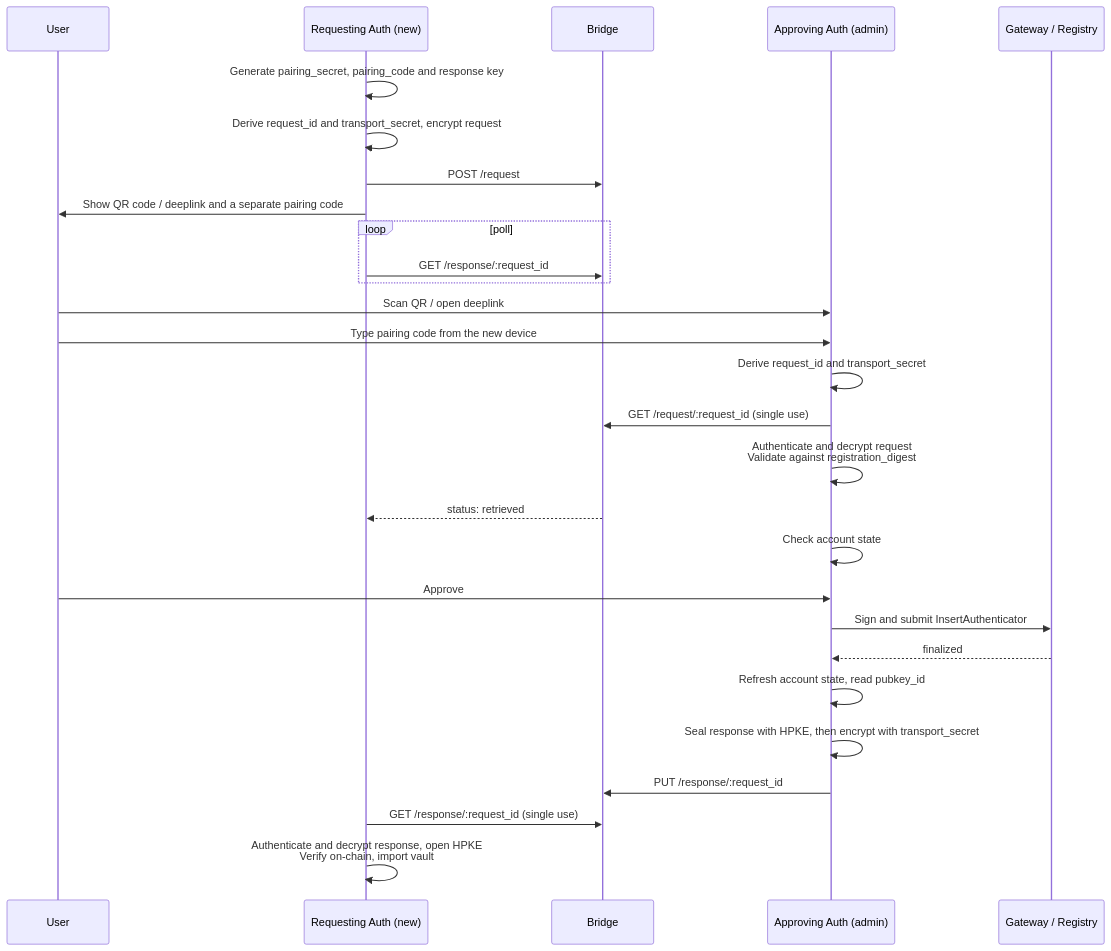
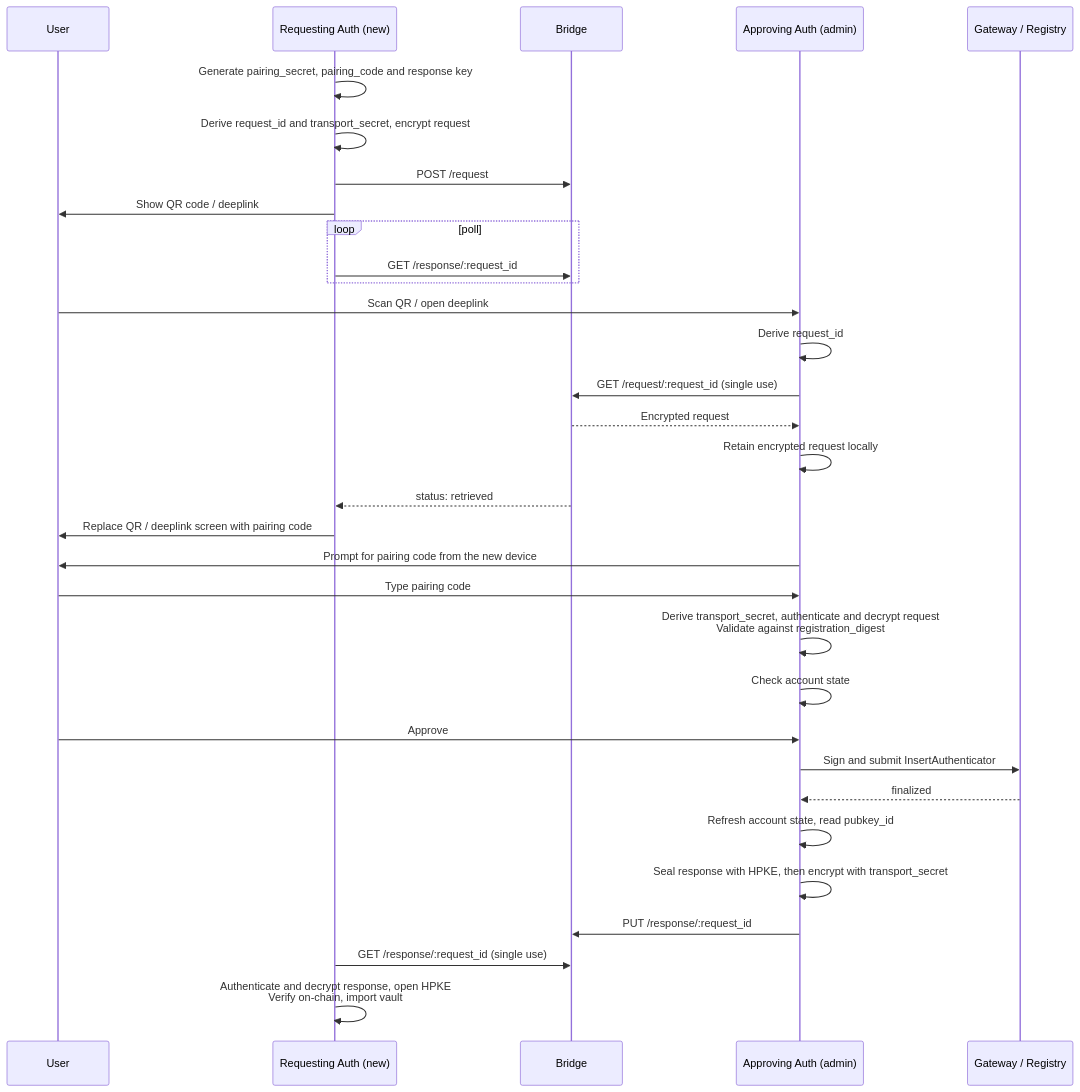
Before and after one commit to worldcoin/world-id-protocol: the diagram in docs/WIPs/wip-109.md, drawn with Mermaid. The commit also changed other lines of this file, not shown here.

````diff
--- a/docs/WIPs/wip-109.md
+++ b/docs/WIPs/wip-109.md
@@ -47,31 +47,35 @@
 ```mermaid
 sequenceDiagram
     participant u as User
     participant r as Requesting Auth (new)
     participant b as Bridge
     participant a as Approving Auth (admin)
     participant g as Gateway / Registry
 
     r->>r: Generate pairing_secret, pairing_code and response key
     r->>r: Derive request_id and transport_secret, encrypt request
     r->>b: POST /request
-    r->>u: Show QR code / deeplink and a separate pairing code
+    r->>u: Show QR code / deeplink
     loop poll
         r->>b: GET /response/:request_id
     end
     u->>a: Scan QR / open deeplink
-    u->>a: Type pairing code from the new device
-    a->>a: Derive request_id and transport_secret
+    a->>a: Derive request_id
     a->>b: GET /request/:request_id (single use)
-    a->>a: Authenticate and decrypt request<br/>Validate against registration_digest
+    b-->>a: Encrypted request
+    a->>a: Retain encrypted request locally
     b-->>r: status: retrieved
+    r->>u: Replace QR / deeplink screen with pairing code
+    a->>u: Prompt for pairing code from the new device
+    u->>a: Type pairing code
+    a->>a: Derive transport_secret, authenticate and decrypt request<br/>Validate against registration_digest
     a->>a: Check account state
     u->>a: Approve
     a->>g: Sign and submit InsertAuthenticator
     g-->>a: finalized
     a->>a: Refresh account state, read pubkey_id
     a->>a: Seal response with HPKE, then encrypt with transport_secret
     a->>b: PUT /response/:request_id
     r->>b: GET /response/:request_id (single use)
     r->>r: Authenticate and decrypt response, open HPKE<br/>Verify on-chain, import vault
 ```
````
